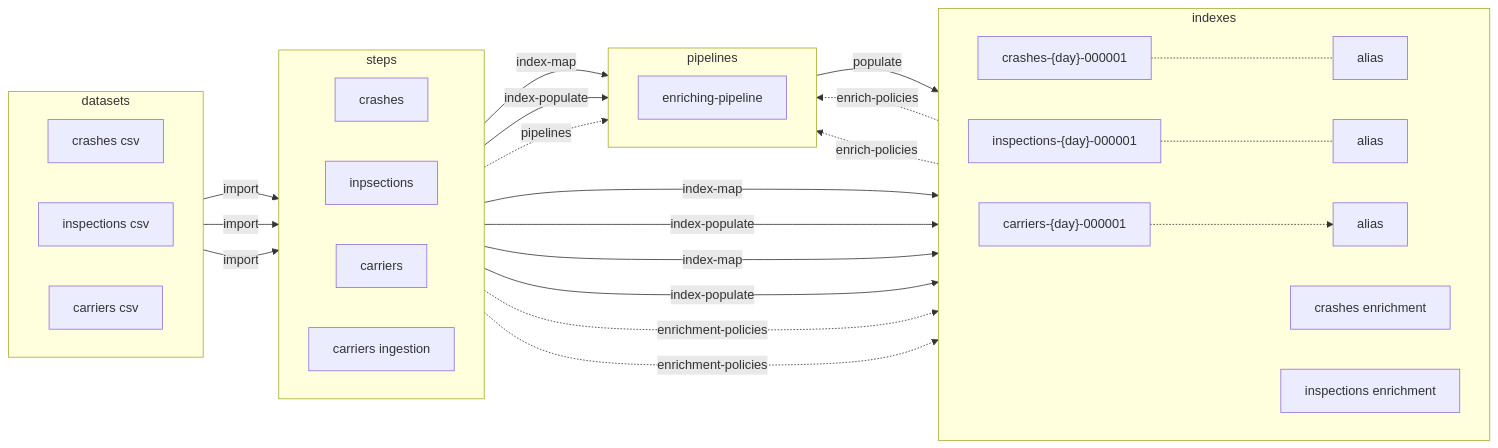
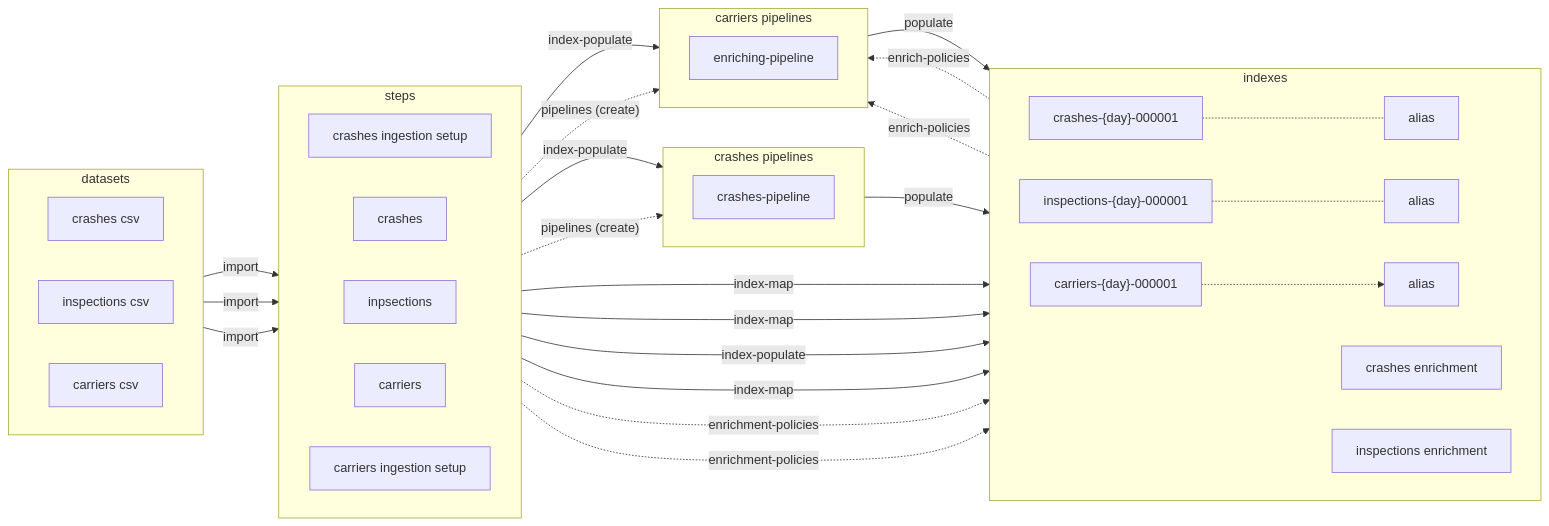
The second of 2 diagrams in DOT-Commercial/README.md (freemansoft/entitopia), drawn with Mermaid before and after one commit. The commit also changed other lines of this file and 6 other files, not shown here.

````diff
--- a/DOT-Commercial/README.md
+++ b/DOT-Commercial/README.md
@@ -38,54 +40,63 @@
 ```mermaid
 flowchart LR
     subgraph steps
         direction LR
+        crashes-ingestion-setup-step[crashes ingestion setup]
         crashes-step[crashes]
         inspections-step[inpsections]
         carriers-step[carriers]
-        carriers-ingestion-step[carriers ingestion]
+        carriers-ingestion-setup-step[carriers ingestion setup]
     end
 
     subgraph indexes
         direction LR
         crashes-index["crashes-{day}-000001"] -..- crashes-alias[alias]
         inspections-index["inspections-{day}-000001"] -..- inspections-alias[alias]
         carriers-index["carriers-{day}-000001"] -..-> carriers-alias[alias]
 
         crashes-enrichment-index[crashes enrichment]
         inspections-enrichment-index[inspections enrichment]
     end
 
     subgraph datasets
         direction LR
         crashes-csv[crashes csv]
         inspections-csv[inspections csv]
         carriers-csv[carriers csv]
     end
 
-    subgraph pipelines
+    subgraph crashes-pipelines[ crashes pipelines]
+        direction LR
+        crashes-pipeline
+    end
+
+    subgraph carriers-pipelines[ carriers pipelines]
         direction LR
         enriching-pipeline
     end
 
+    crashes-step -->|index-populate| crashes-pipeline
     crashes-step -->|index-map| crashes-index
-    crashes-step -->|index-populate| crashes-index
     inspections-step -->|index-map| inspections-index
     inspections-step -->|index-populate | inspections-index
-    carriers-step --> | index-map | enriching-pipeline
+    carriers-step --> | index-map | carriers-index
     carriers-step --> | index-populate| enriching-pipeline
 
     crashes-csv-->|import| crashes-step
     inspections-csv -->|import| inspections-step
     carriers-csv -->|import| carriers-step
 
+    crashes-pipeline -->|populate| crashes-index
+
     crashes-enrichment-index -.->|enrich-policies| enriching-pipeline
     inspections-enrichment-index -.->|enrich-policies| enriching-pipeline
     enriching-pipeline -->|populate| carriers-index
 
+    crashes-ingestion-setup-step -.->|"pipelines (create)"| crashes-pipeline
 
-    carriers-ingestion-step -.->|enrichment-policies| crashes-enrichment-index
-    carriers-ingestion-step -.->|enrichment-policies| inspections-enrichment-index
-    carriers-ingestion-step -.->|pipelines| enriching-pipeline
+    carriers-ingestion-setup-step -.->|enrichment-policies| crashes-enrichment-index
+    carriers-ingestion-setup-step -.->|enrichment-policies| inspections-enrichment-index
+    carriers-ingestion-setup-step -.->|"pipelines (create)"| enriching-pipeline
 
 
 ```
````
